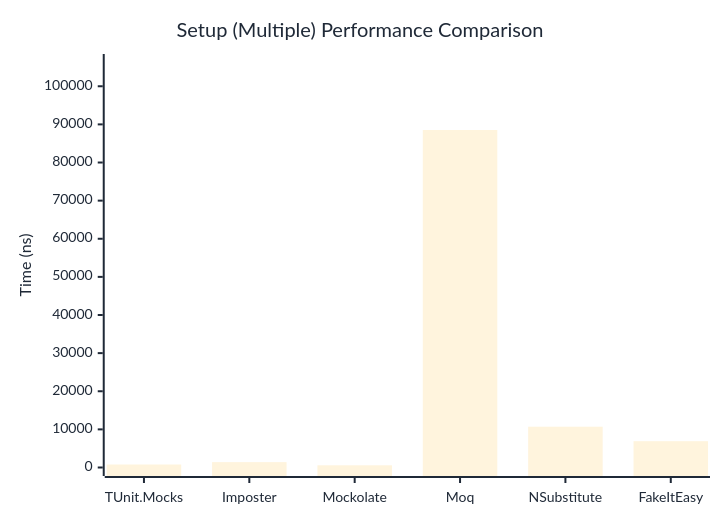
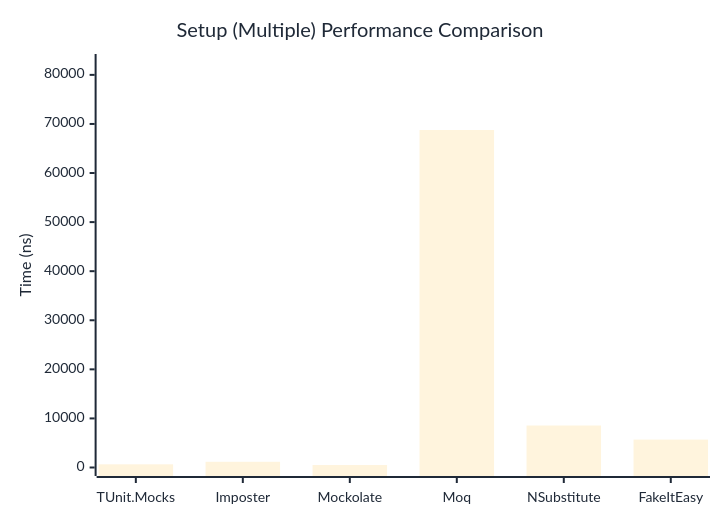
One commit to thomhurst/TUnit changed the second of 2 diagrams in docs/docs/benchmarks/mocks/Setup.md. Above: the diagram before and after it, drawn with Mermaid. The commit also changed other lines of this file and 14 other files, not shown here.

````diff
--- a/docs/docs/benchmarks/mocks/Setup.md
+++ b/docs/docs/benchmarks/mocks/Setup.md
@@ -69,27 +69,27 @@
 ```mermaid
 %%{init: {
   'theme':'base',
   'themeVariables': {
     'primaryColor': '#2563eb',
     'primaryTextColor': '#1f2937',
     'primaryBorderColor': '#1e40af',
     'lineColor': '#6b7280',
     'secondaryColor': '#7c3aed',
     'tertiaryColor': '#dc2626',
     'background': '#ffffff',
     'pie1': '#2563eb',
     'pie2': '#7c3aed',
     'pie3': '#dc2626',
     'pie4': '#f59e0b',
     'pie5': '#10b981',
     'pie6': '#06b6d4',
     'pie7': '#ec4899',
     'pie8': '#6366f1'
   }
 }}%%
 xychart-beta
   title "Setup (Multiple) Performance Comparison"
   x-axis ["TUnit.Mocks", "Imposter", "Mockolate", "Moq", "NSubstitute", "FakeItEasy"]
-  y-axis "Time (ns)" 0 --> 106233
-  bar [783.3, 1406.8, 577.8, 88527.5, 10702.7, 6901.6]
+  y-axis "Time (ns)" 0 --> 82521
+  bar [644.7, 1162.7, 502.4, 68766.8, 8554.8, 5684.8]
 ```
````
